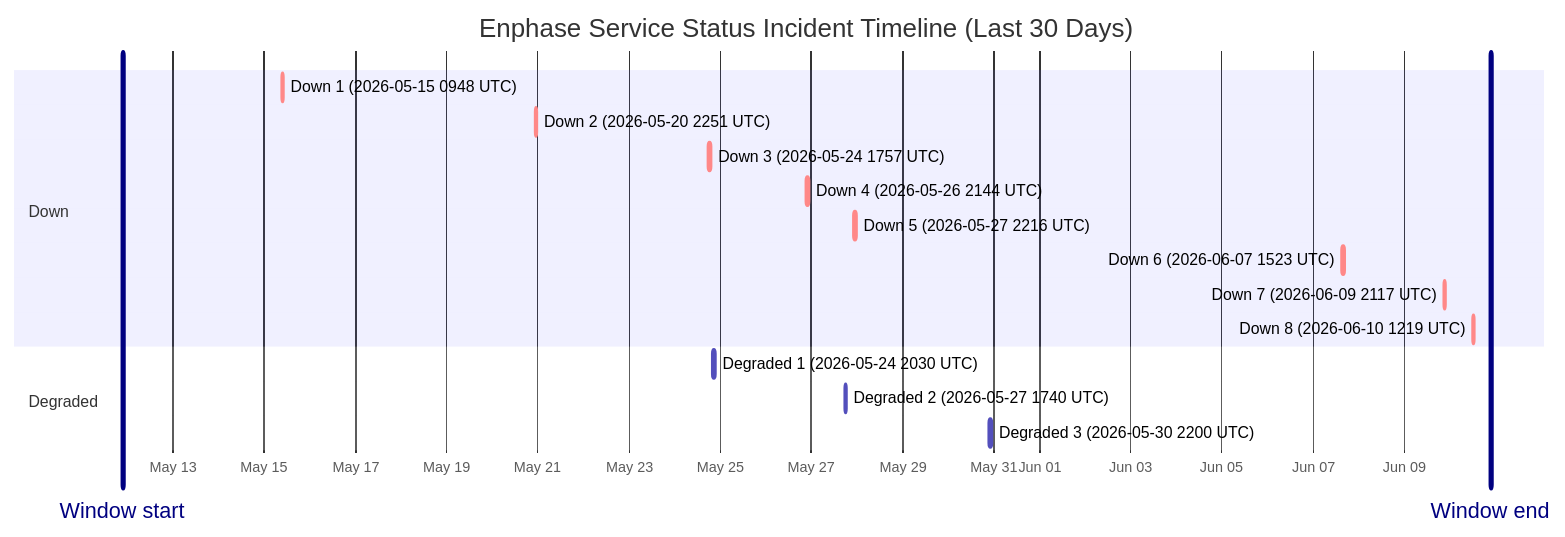
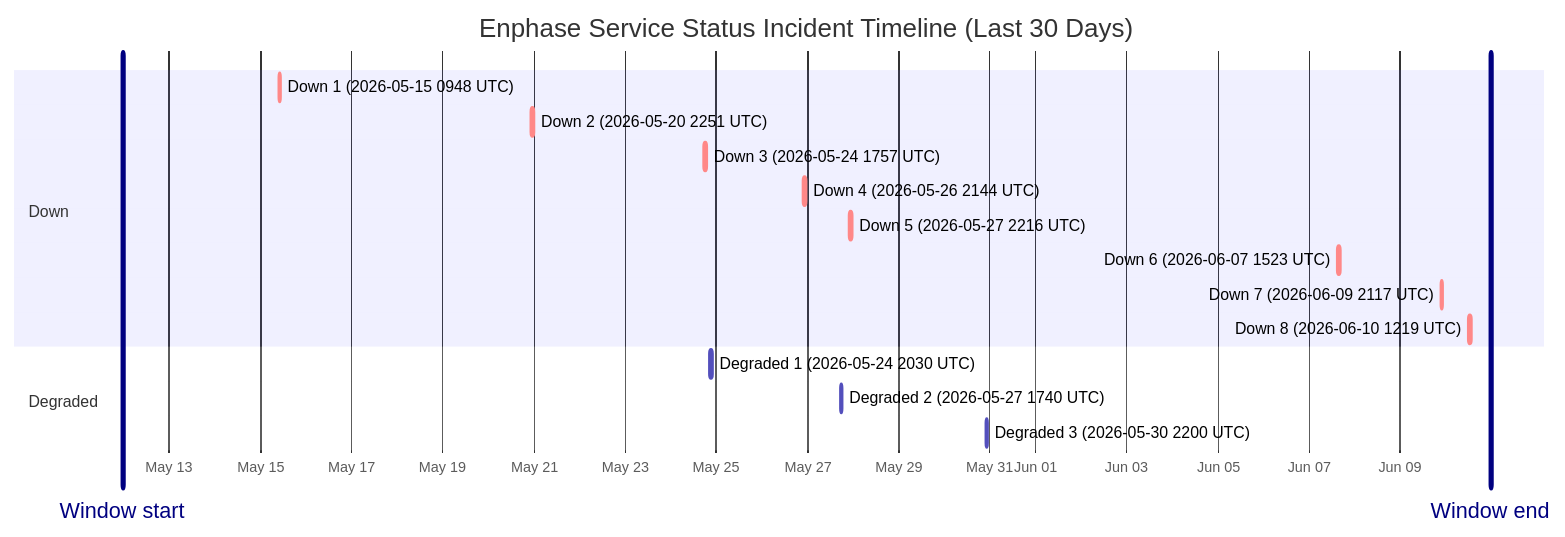
One commit to barneyonline/ha-enphase-energy changed the diagram in wiki/Service-Status-History.md. Above: the diagram before and after it, drawn with Mermaid. The commit also changed other lines of this file and 3 other files, not shown here.

````diff
--- a/wiki/Service-Status-History.md
+++ b/wiki/Service-Status-History.md
@@ -14,21 +14,21 @@
 ```mermaid
 gantt
     title Enphase Service Status Incident Timeline (Last 30 Days)
     dateFormat  YYYY-MM-DDTHH:mm:ss
     axisFormat  %b %d
-    Window start :vert, window-start, 2026-05-11T21:34:05, 0ms
-    Window end :vert, window-end, 2026-06-10T21:34:05, 0ms
+    Window start :vert, window-start, 2026-05-11T23:24:04, 0ms
+    Window end :vert, window-end, 2026-06-10T23:24:04, 0ms
     section Down
     Down 1 (2026-05-15 0948 UTC) :crit, down-1, 2026-05-15T09:48:18, 60m
     Down 2 (2026-05-20 2251 UTC) :crit, down-2, 2026-05-20T22:51:14, 75m
     Down 3 (2026-05-24 1757 UTC) :crit, down-3, 2026-05-24T17:57:41, 86m
     Down 4 (2026-05-26 2144 UTC) :crit, down-4, 2026-05-26T21:44:11, 85m
     Down 5 (2026-05-27 2216 UTC) :crit, down-5, 2026-05-27T22:16:53, 87m
     Down 6 (2026-06-07 1523 UTC) :crit, down-6, 2026-06-07T15:23:22, 87m
     Down 7 (2026-06-09 2117 UTC) :crit, down-7, 2026-06-09T21:17:17, 60m
     Down 8 (2026-06-10 1219 UTC) :crit, down-8, 2026-06-10T12:19:21, 60m
     section Degraded
     Degraded 1 (2026-05-24 2030 UTC) :active, degraded-1, 2026-05-24T20:30:57, 84m
     Degraded 2 (2026-05-27 1740 UTC) :active, degraded-2, 2026-05-27T17:40:52, 60m
     Degraded 3 (2026-05-30 2200 UTC) :active, degraded-3, 2026-05-30T22:00:37, 60m
 ```
````
